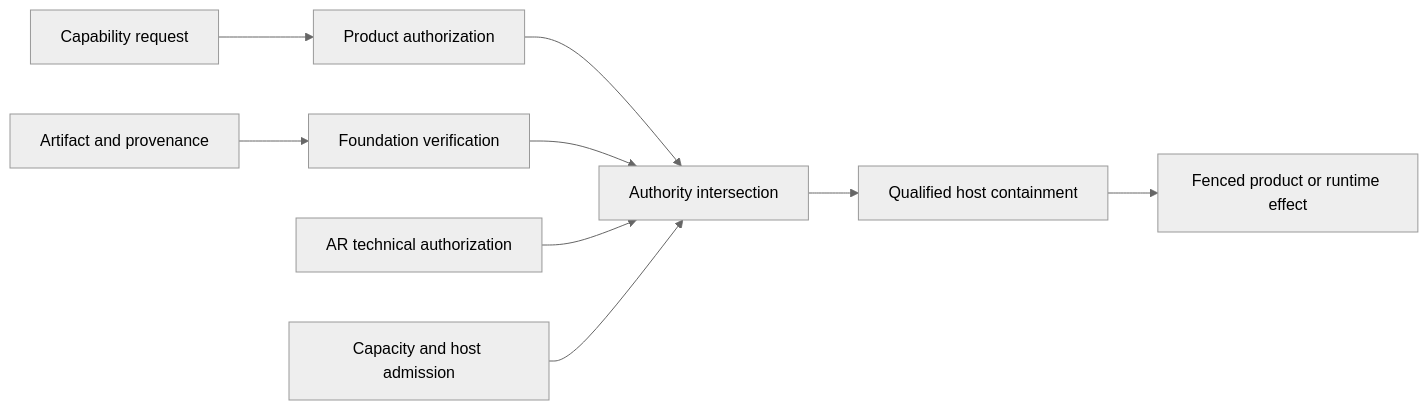
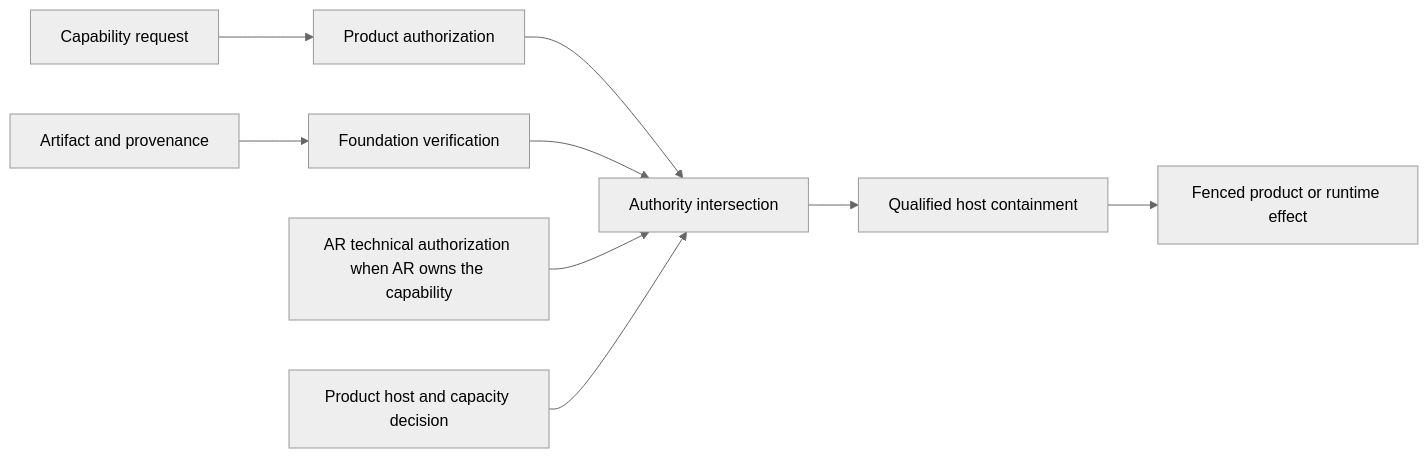
The diagram in docs/qualification/universal-module-extension-system/trust-and-security.md (agent-teams-ai/extension-foundation), drawn with Mermaid (neutral theme) before and after one commit. The commit also changed other lines of this file and 30 other files, not shown here.

````diff
--- a/docs/qualification/universal-module-extension-system/trust-and-security.md
+++ b/docs/qualification/universal-module-extension-system/trust-and-security.md
@@ -22,11 +22,11 @@
 ```mermaid
 flowchart LR
     Request["Capability request"] --> Product["Product authorization"]
     Artifact["Artifact and provenance"] --> Verify["Foundation verification"]
     Product --> Intersect["Authority intersection"]
     Verify --> Intersect
-    AR["AR technical authorization"] --> Intersect
-    Admission["Capacity and host admission"] --> Intersect
+    AR["AR technical authorization when AR owns the capability"] --> Intersect
+    Admission["Product host and capacity decision"] --> Intersect
     Intersect --> Host["Qualified host containment"]
     Host --> Effect["Fenced product or runtime effect"]
 ```
````
